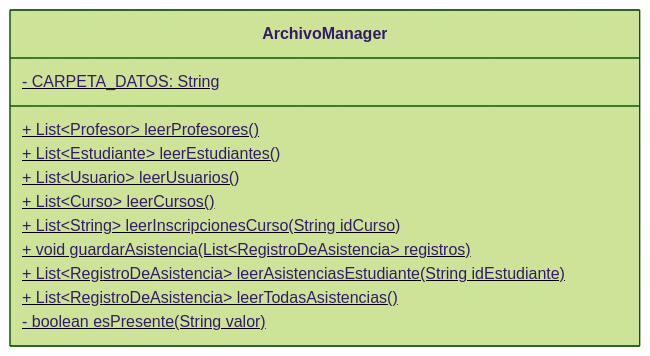
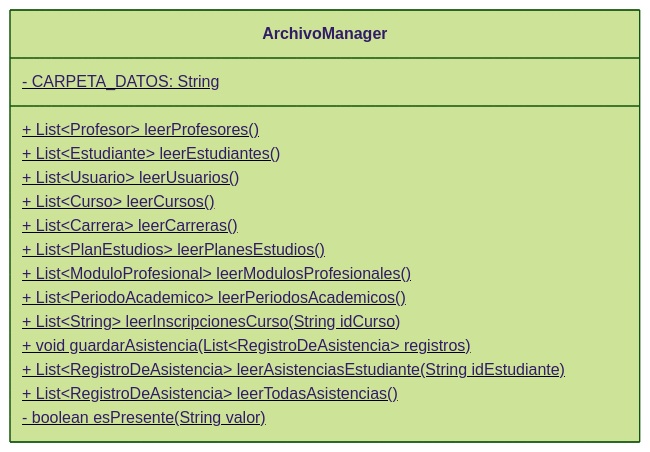
One commit to Aireck2/take-attendance-java changed the diagram in docs/storage/ArchivoManager.mmd. Above: the diagram before and after it, drawn with Mermaid (forest theme). The commit also changed 24 other files, not shown here.

```diff
--- a/docs/storage/ArchivoManager.mmd
+++ b/docs/storage/ArchivoManager.mmd
@@ -1,13 +1,17 @@
 classDiagram
     class ArchivoManager {
         - CARPETA_DATOS: String$
         + List~Profesor~ leerProfesores()$
         + List~Estudiante~ leerEstudiantes()$
         + List~Usuario~ leerUsuarios()$
         + List~Curso~ leerCursos()$
+        + List~Carrera~ leerCarreras()$
+        + List~PlanEstudios~ leerPlanesEstudios()$
+        + List~ModuloProfesional~ leerModulosProfesionales()$
+        + List~PeriodoAcademico~ leerPeriodosAcademicos()$
         + List~String~ leerInscripcionesCurso(String idCurso)$
         + void guardarAsistencia(List~RegistroDeAsistencia~ registros)$
         + List~RegistroDeAsistencia~ leerAsistenciasEstudiante(String idEstudiante)$
         + List~RegistroDeAsistencia~ leerTodasAsistencias()$
         - boolean esPresente(String valor)$
     }
```
